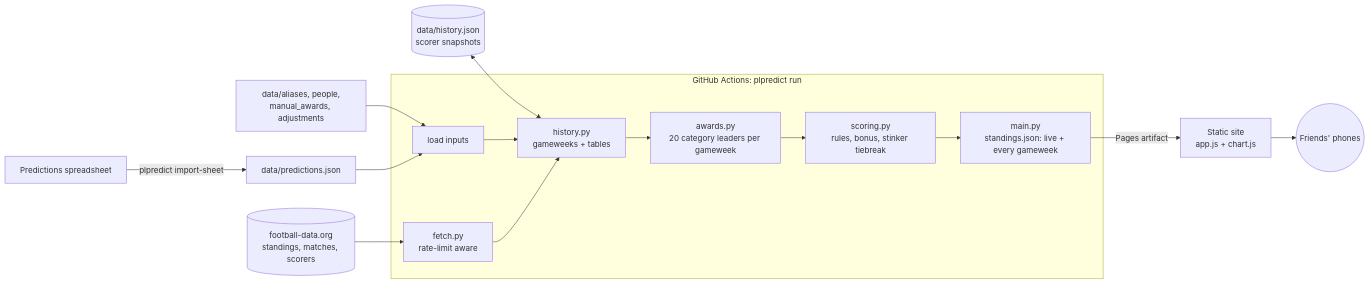
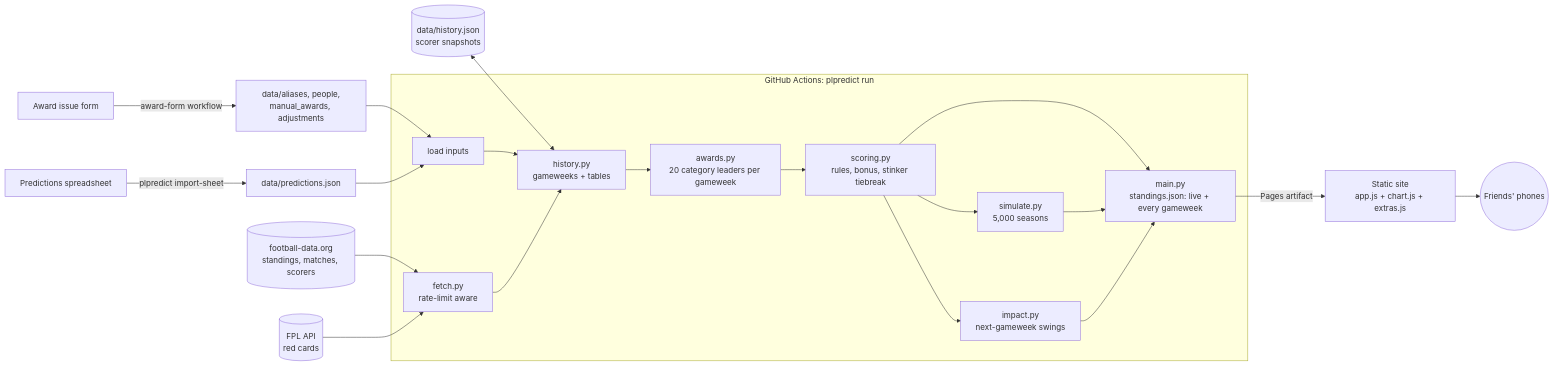
Before and after one commit to suhulkebede-git/premier-league-predictions: the diagram in README.md, drawn with Mermaid. The commit also changed other lines of this file, not shown here.

````diff
--- a/README.md
+++ b/README.md
@@ -52,19 +54,25 @@
 ```mermaid
 flowchart LR
     xlsx[Predictions spreadsheet] -->|plpredict import-sheet| preds[data/predictions.json]
     cfg[data/aliases, people,<br/>manual_awards, adjustments] --> load
     preds --> load
     hist[(data/history.json<br/>scorer snapshots)] <--> history
     api[(football-data.org<br/>standings, matches, scorers)] --> fetch
+    fpl[(FPL API<br/>red cards)] --> fetch
+    form[Award issue form] -->|award-form workflow| cfg
 
     subgraph job [GitHub Actions: plpredict run]
         load[load inputs] --> history
         fetch[fetch.py<br/>rate-limit aware] --> history[history.py<br/>gameweeks + tables]
         history --> awards[awards.py<br/>20 category leaders per gameweek]
         awards --> scoring[scoring.py<br/>rules, bonus, stinker tiebreak]
         scoring --> out[main.py<br/>standings.json: live + every gameweek]
+        scoring --> sim[simulate.py<br/>5,000 seasons]
+        scoring --> impact[impact.py<br/>next-gameweek swings]
+        sim --> out
+        impact --> out
     end
 
-    out -->|Pages artifact| site[Static site<br/>app.js + chart.js]
+    out -->|Pages artifact| site[Static site<br/>app.js + chart.js + extras.js]
     site --> friends((Friends' phones))
 ```
````
